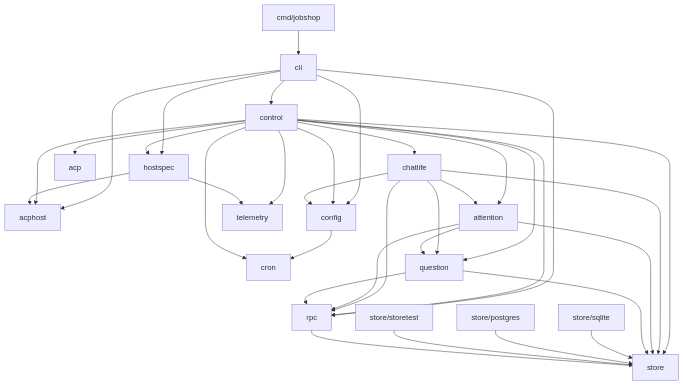
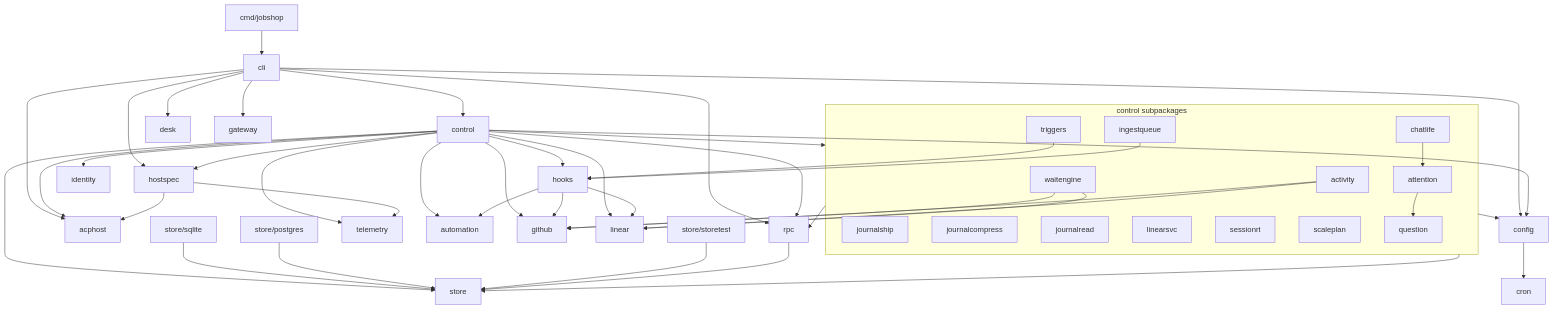
The diagram in docs/layout.md (elee1766/jobshop), drawn with Mermaid before and after one commit. The commit also changed other lines of this file and 13 other files, not shown here.

````diff
--- a/docs/layout.md
+++ b/docs/layout.md
@@ -80,16 +115,24 @@
 ```mermaid
 flowchart TD
   cmd[cmd/jobshop] --> cli
-  cli --> control & acphost & hostspec
+  cli --> control & acphost & hostspec & desk & gateway
   cli --> rpc & config
   config --> cron
-  control --> store & rpc & config & telemetry & acp & acphost & hostspec & cron
-  control --> chatlife & attention & question
-  chatlife --> attention & question & config & rpc & store
-  attention --> question & rpc & store
-  question --> rpc & store
+  control --> store & rpc & config & telemetry & acphost & hostspec
+  control --> hooks & automation & github & linear & identity
+  control --> engines
+  subgraph engines[control subpackages]
+    activity & journalship & journalcompress & journalread & linearsvc
+    sessionrt & scaleplan & ingestqueue & triggers & waitengine
+    chatlife --> attention --> question
+  end
+  engines --> store & rpc & config
+  activity --> github & linear
+  waitengine --> github & linear
+  triggers & ingestqueue --> hooks
+  hooks --> automation & github & linear
   hostspec --> acphost & telemetry
   sqlite[store/sqlite] & postgres[store/postgres] --> store
   storetest[store/storetest] --> store
   rpc --> store
 ```
````
